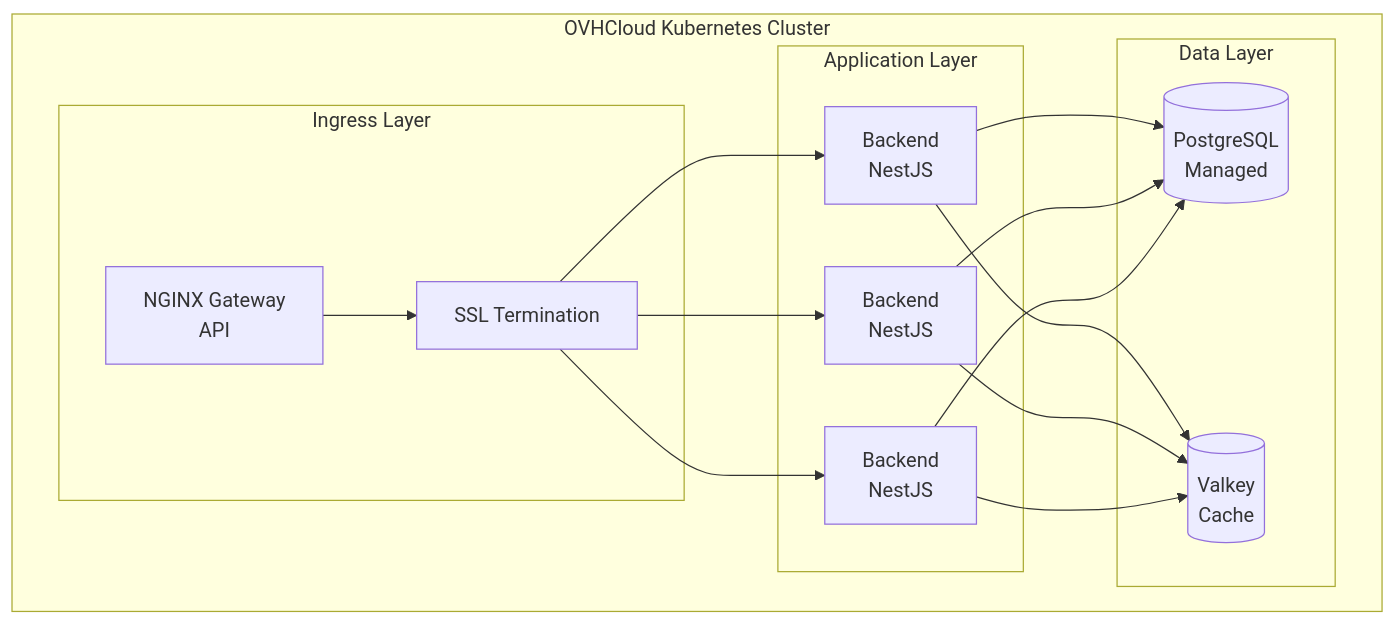
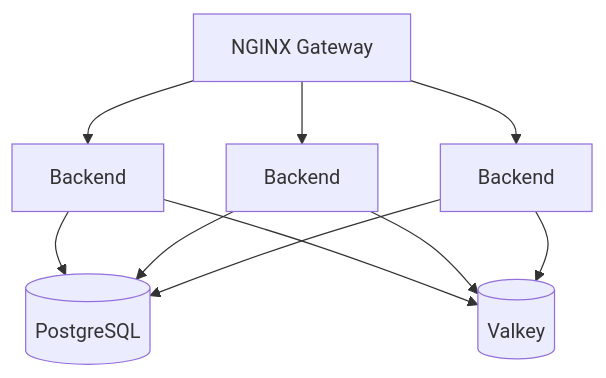
One commit to altrupets/monorepo changed the diagram in docs/content/docs/deployment/kubernetes.md. Above: the diagram before and after it, drawn with Mermaid. The commit also changed other lines of this file and 4 other files, not shown here.

First line of the commit message:
fix(docs): simplify Mermaid diagrams to resolve rendering errors

````diff
--- a/docs/content/docs/deployment/kubernetes.md
+++ b/docs/content/docs/deployment/kubernetes.md
@@ -7,31 +7,14 @@
 ```mermaid
 flowchart TB
-    subgraph Cluster["OVHCloud Kubernetes Cluster"]
-        subgraph Ingress["Ingress Layer"]
-            NGINX["NGINX Gateway<br/>API"]
-            SSL["SSL Termination"]
-        end
+    NGINX[NGINX Gateway] --> Backend1[Backend]
+    NGINX --> Backend2[Backend]
+    NGINX --> Backend3[Backend]
 
-        subgraph Apps["Application Layer"]
-            Backend1["Backend<br/>NestJS"]
-            Backend2["Backend<br/>NestJS"]
-            Backend3["Backend<br/>NestJS"]
-        end
+    Backend1 --> PG[(PostgreSQL)]
+    Backend2 --> PG
+    Backend3 --> PG
 
-        subgraph Data["Data Layer"]
-            PG[(PostgreSQL<br/>Managed)]
-            Valkey[(Valkey<br/>Cache)]
-        end
-
-        NGINX --> SSL
-        SSL --> Backend1
-        SSL --> Backend2
-        SSL --> Backend3
-        Backend1 --> PG
-        Backend2 --> PG
-        Backend3 --> PG
-        Backend1 --> Valkey
-        Backend2 --> Valkey
-        Backend3 --> Valkey
-    end
+    Backend1 --> Valkey[(Valkey)]
+    Backend2 --> Valkey
+    Backend3 --> Valkey
 ```
````
